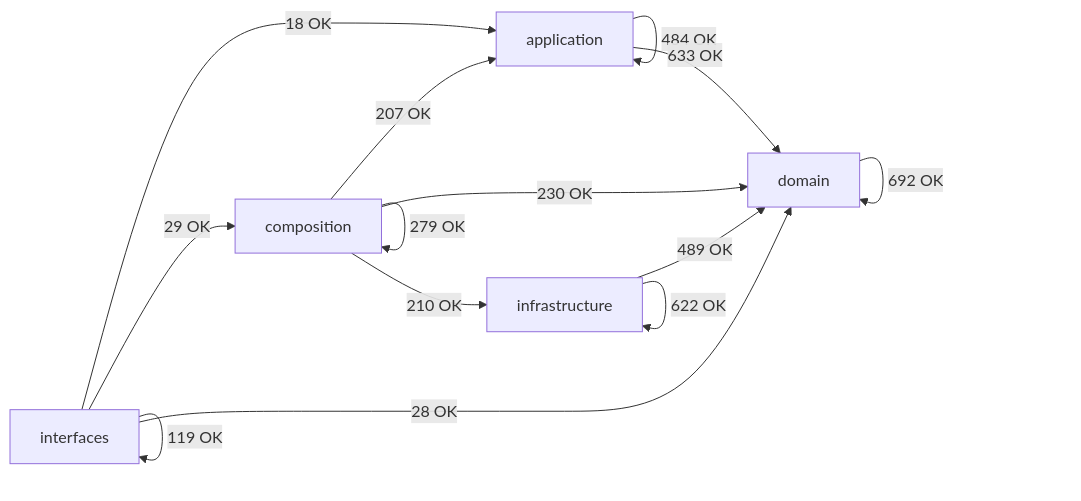
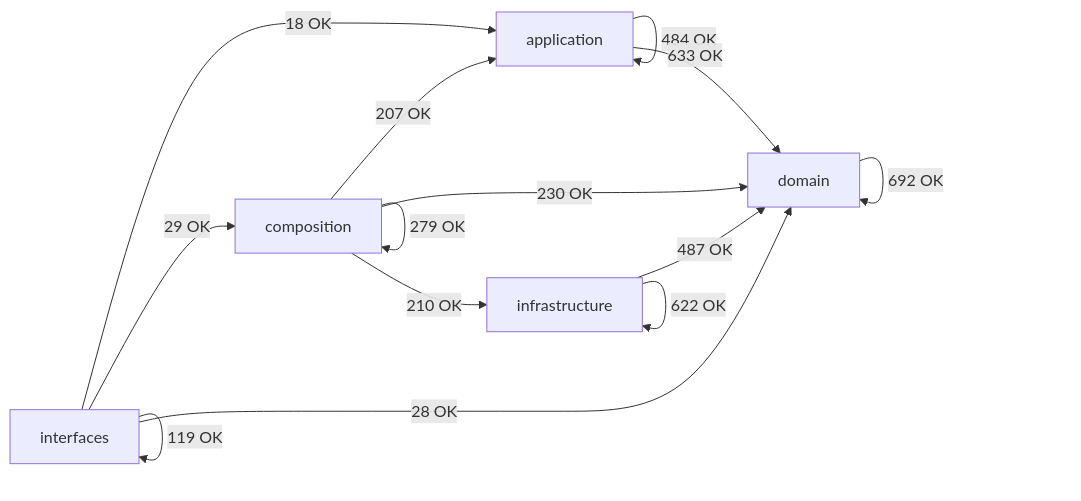
The diagram in docs/02-architecture/generated/module-dependency-map.md (SatoryKono/BioactivityDataAcquisition), drawn with Mermaid before and after one commit. The commit also changed other lines of this file and 37 other files, not shown here.

````diff
--- a/docs/02-architecture/generated/module-dependency-map.md
+++ b/docs/02-architecture/generated/module-dependency-map.md
@@ -16,21 +16,21 @@
 ```mermaid
 flowchart LR
     domain[domain]
     application[application]
     infrastructure[infrastructure]
     composition[composition]
     interfaces[interfaces]
     application -->|484 OK| application
     application -->|633 OK| domain
     composition -->|207 OK| application
     composition -->|279 OK| composition
     composition -->|230 OK| domain
     composition -->|210 OK| infrastructure
     domain -->|692 OK| domain
-    infrastructure -->|489 OK| domain
+    infrastructure -->|487 OK| domain
     infrastructure -->|622 OK| infrastructure
     interfaces -->|18 OK| application
     interfaces -->|29 OK| composition
     interfaces -->|28 OK| domain
     interfaces -->|119 OK| interfaces
 ```
````
